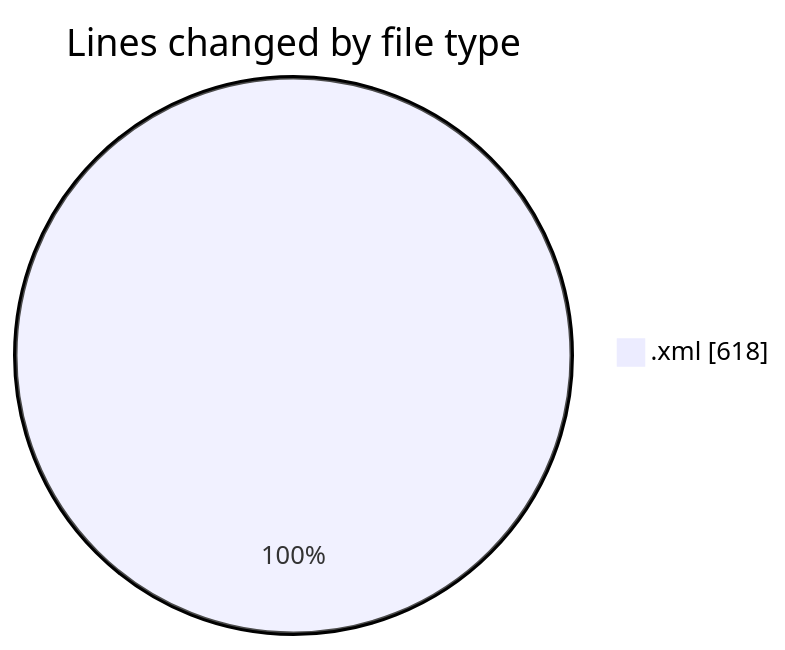
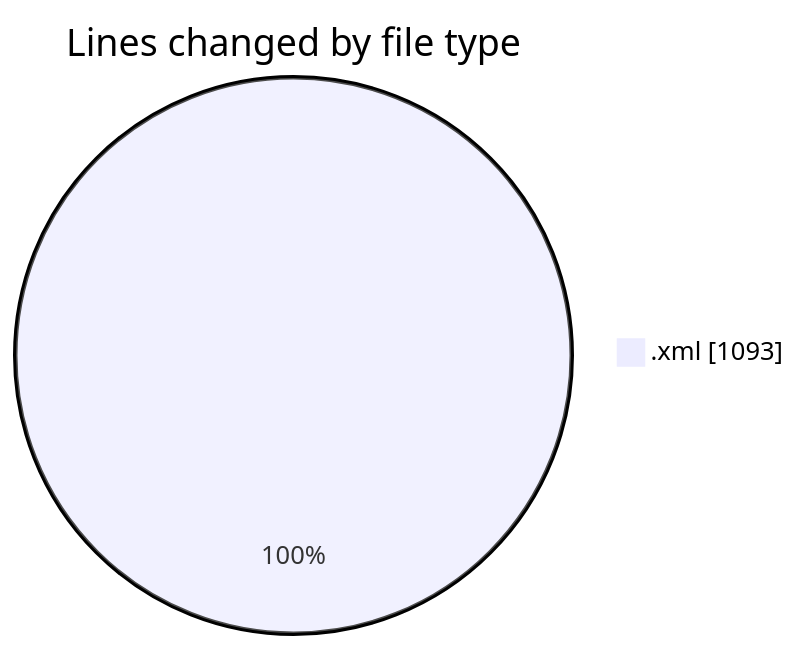
The first of 2 diagrams in 2025-10-07/data/README.md (LanceThiago/code-tracking), drawn with Mermaid before and after one commit. The commit also changed other lines of this file and 1 other file, not shown here.

````diff
--- a/2025-10-07/data/README.md
+++ b/2025-10-07/data/README.md
@@ -20,5 +21,5 @@
 ```mermaid
 pie showData
 title Lines changed by file type
-".xml" : 618
+".xml" : 1093
 ```
````
